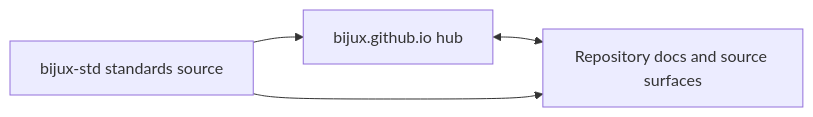
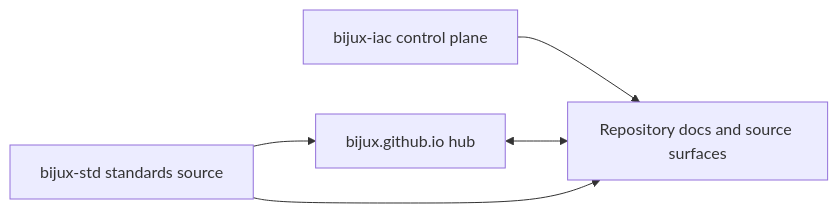
Before and after one commit to bijux/bijux.github.io: the second of 2 diagrams in docs/01-platform/public-surface/index.md, drawn with Mermaid. The commit also changed other lines of this file and 1 other file, not shown here.

````diff
--- a/docs/01-platform/public-surface/index.md
+++ b/docs/01-platform/public-surface/index.md
@@ -97,6 +108,7 @@
 ```mermaid
 graph LR
-    hub["bijux.github.io hub"] <--> repos["Repository docs and source surfaces"]
+    iac["bijux-iac control plane"] --> repos["Repository docs and source surfaces"]
+    hub["bijux.github.io hub"] <--> repos
     std["bijux-std standards source"] --> hub
     std --> repos
 ```
````
